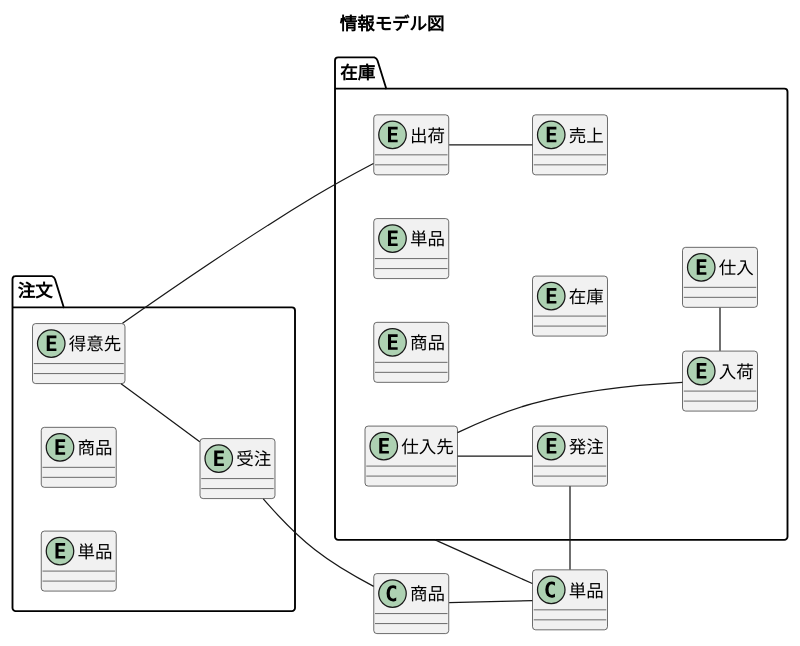
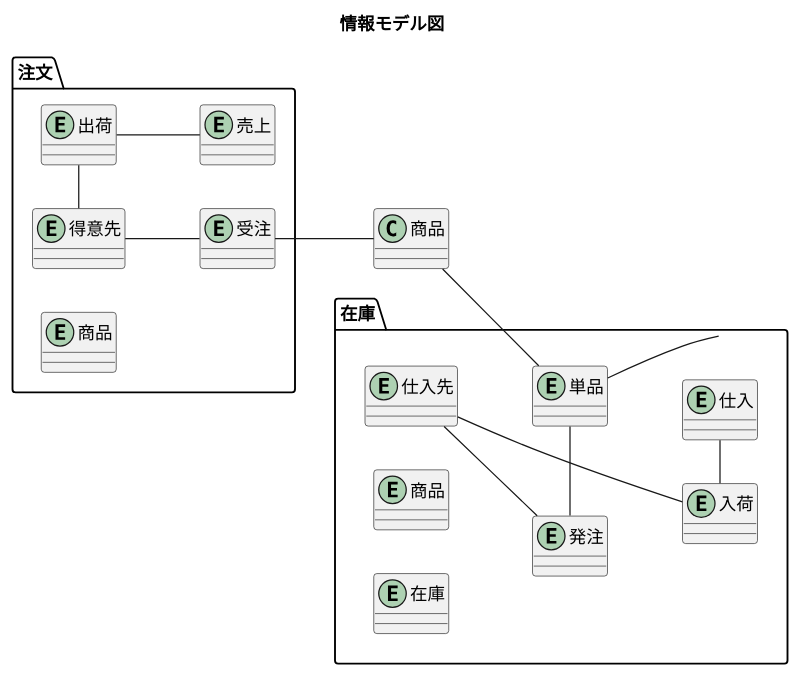
Before and after one commit to k2works/application_programing_excercise_2022: diagram 33 of 39 in docs/index.adoc, drawn with PlantUML. The commit also changed other lines of this file, not shown here.

```diff
--- a/docs/index.adoc
+++ b/docs/index.adoc
@@ -1054,40 +1054,40 @@
 [plantuml]
 ----
 @startuml
 
 title 情報モデル図
 
 left to right direction
 
 package 注文 {
 entity 得意先
 entity 商品
-entity 単品
 entity 受注
+entity 出荷
+entity 売上
 }
 
 package 在庫 {
+entity 単品
 entity 仕入先
 entity 商品
 entity 単品
-entity 出荷
 entity 発注
 entity 入荷
 entity 在庫
 entity 仕入
-entity 売上
 }
 
 得意先 - 出荷
 得意先 -- 受注
 受注 -- 商品
 商品 -- 単品
-単品 - 在庫
+単品 -- 在庫
 出荷 -- 売上
 仕入先 -- 発注
 仕入先 --- 入荷
 発注 - 単品
 入荷 - 仕入
 
 @enduml
 ----
```
